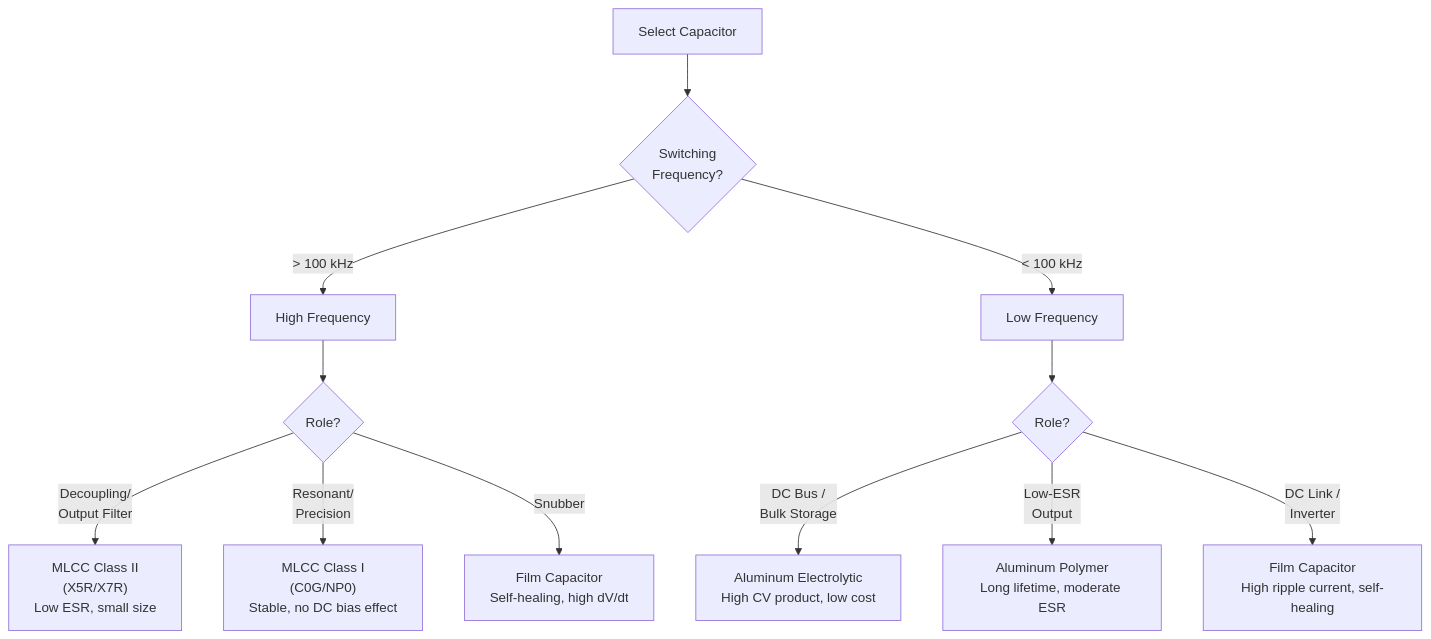
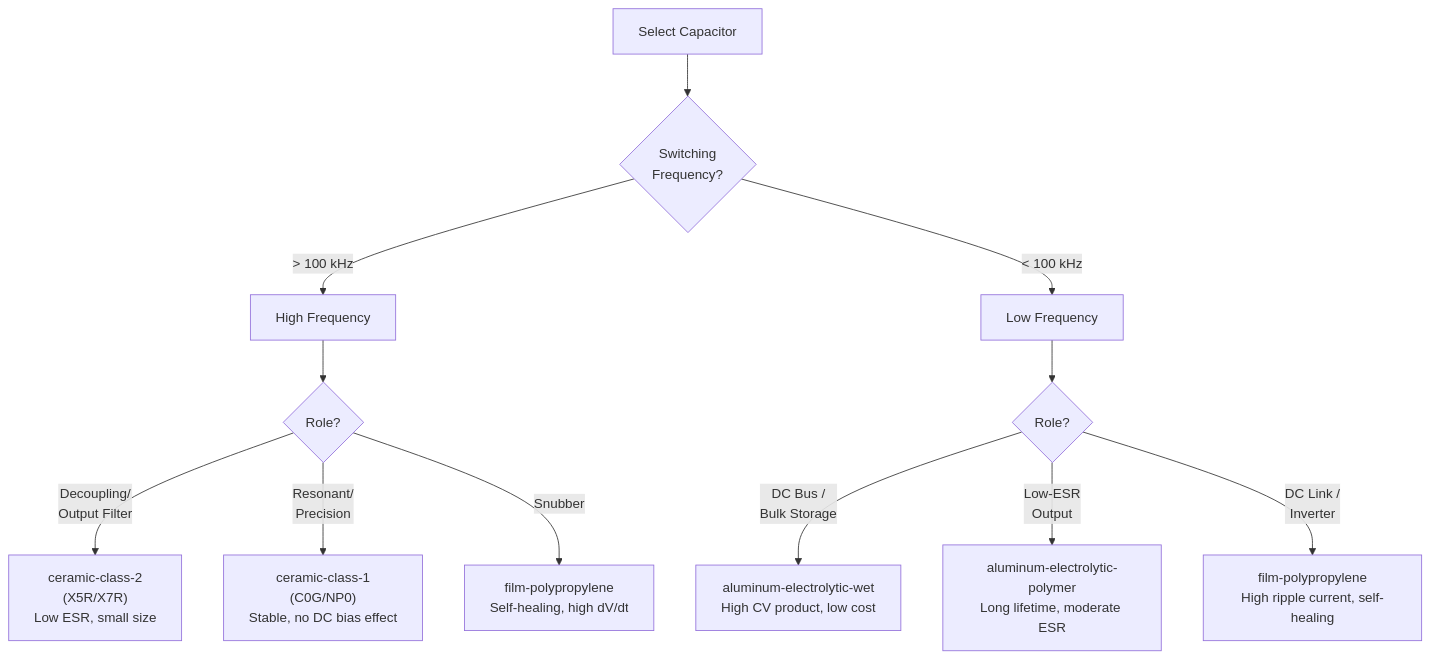
One commit to Power-Supply-Manufacturers-Association/CAS changed the third of 3 diagrams in README.md. Above: the diagram before and after it, drawn with Mermaid. The commit also changed other lines of this file and 12 other files, not shown here.

First line of the commit message:
fix(schema): unblock designRequirements base fields; one technology vocabulary; docs rewritten from the schemas

````diff
--- a/README.md
+++ b/README.md
@@ -211,16 +215,16 @@
 ```mermaid
 flowchart TD
     Start["Select Capacitor"] --> Freq{"Switching<br/>Frequency?"}
     Freq -->|"> 100 kHz"| HF["High Frequency"]
     Freq -->|"< 100 kHz"| LF["Low Frequency"]
 
     HF --> HFRole{"Role?"}
-    HFRole -->|"Decoupling/<br/>Output Filter"| MLCC["MLCC Class II<br/>(X5R/X7R)<br/>Low ESR, small size"]
-    HFRole -->|"Resonant/<br/>Precision"| C0G["MLCC Class I<br/>(C0G/NP0)<br/>Stable, no DC bias effect"]
-    HFRole -->|"Snubber"| Film["Film Capacitor<br/>Self-healing, high dV/dt"]
+    HFRole -->|"Decoupling/<br/>Output Filter"| MLCC["ceramic-class-2<br/>(X5R/X7R)<br/>Low ESR, small size"]
+    HFRole -->|"Resonant/<br/>Precision"| C0G["ceramic-class-1<br/>(C0G/NP0)<br/>Stable, no DC bias effect"]
+    HFRole -->|"Snubber"| Film["film-polypropylene<br/>Self-healing, high dV/dt"]
 
     LF --> LFRole{"Role?"}
-    LFRole -->|"DC Bus /<br/>Bulk Storage"| Elec["Aluminum Electrolytic<br/>High CV product, low cost"]
-    LFRole -->|"Low-ESR<br/>Output"| Poly["Aluminum Polymer<br/>Long lifetime, moderate ESR"]
-    LFRole -->|"DC Link /<br/>Inverter"| FilmLF["Film Capacitor<br/>High ripple current, self-healing"]
+    LFRole -->|"DC Bus /<br/>Bulk Storage"| Elec["aluminum-electrolytic-wet<br/>High CV product, low cost"]
+    LFRole -->|"Low-ESR<br/>Output"| Poly["aluminum-electrolytic-polymer<br/>Long lifetime, moderate ESR"]
+    LFRole -->|"DC Link /<br/>Inverter"| FilmLF["film-polypropylene<br/>High ripple current, self-healing"]
 ```
````
